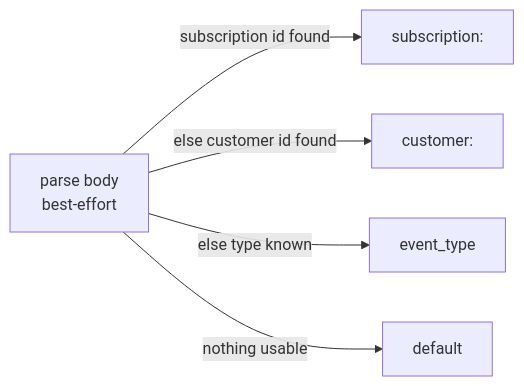
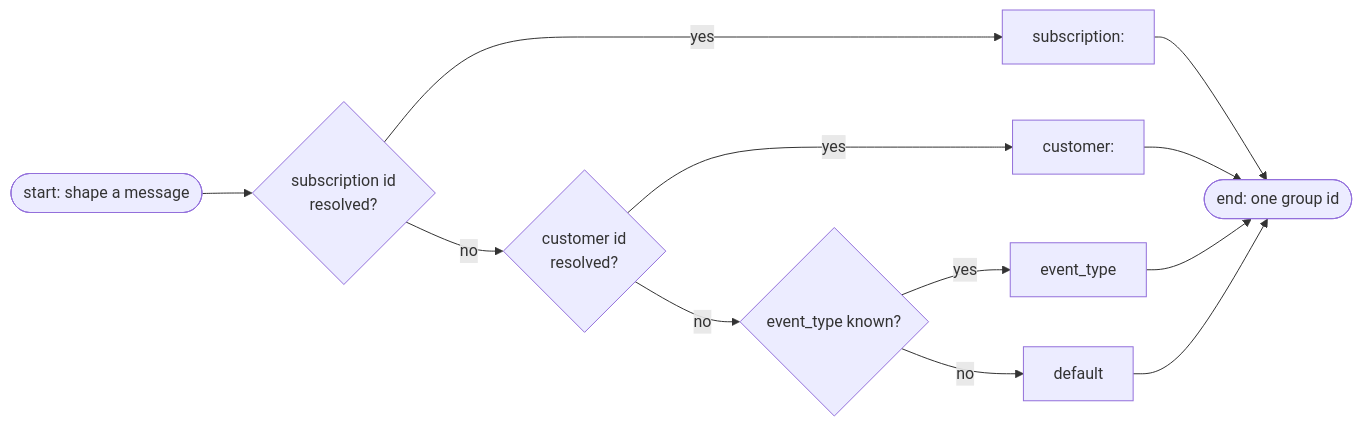
One commit to kunalPisolkar24/detectAI changed the diagram in services/payment-webhook/specification/messaging.md. Above: the diagram before and after it, drawn with Mermaid. The commit also changed other lines of this file and 18 other files, not shown here.

````diff
--- a/services/payment-webhook/specification/messaging.md
+++ b/services/payment-webhook/specification/messaging.md
@@ -67,7 +61,14 @@
 ```mermaid
-flowchart LR
-    parse[parse body<br/>best-effort] -->|subscription id found| sub["subscription:<id>"]
-    parse -->|else customer id found| cust["customer:<id>"]
-    parse -->|else type known| type[event_type]
-    parse -->|nothing usable| dfk["default"]
+graph LR
+    START(["start: shape a message"]) --> S{"subscription id<br/>resolved?"}
+    S -->|"yes"| GSUB["subscription:<id>"]
+    S -->|"no"| C{"customer id<br/>resolved?"}
+    C -->|"yes"| GCTM["customer:<id>"]
+    C -->|"no"| T{"event_type known?"}
+    T -->|"yes"| GTYPE["event_type"]
+    T -->|"no"| GDEF["default"]
+    GSUB --> END(["end: one group id"])
+    GCTM --> END
+    GTYPE --> END
+    GDEF --> END
 ```
````
